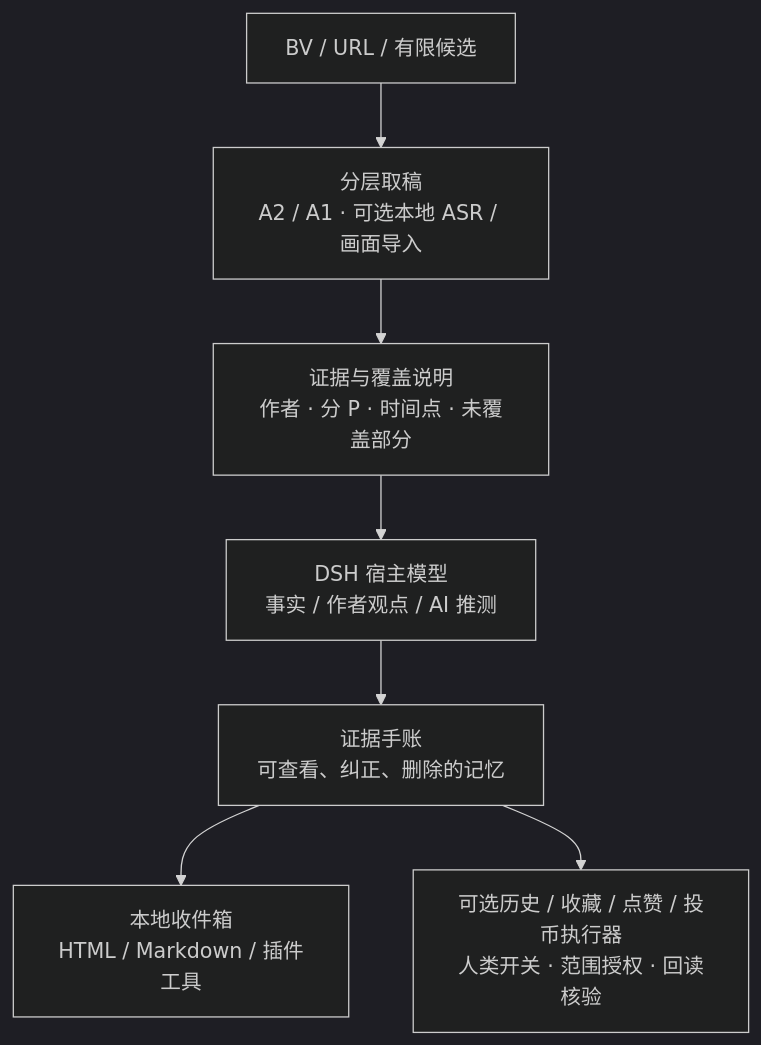
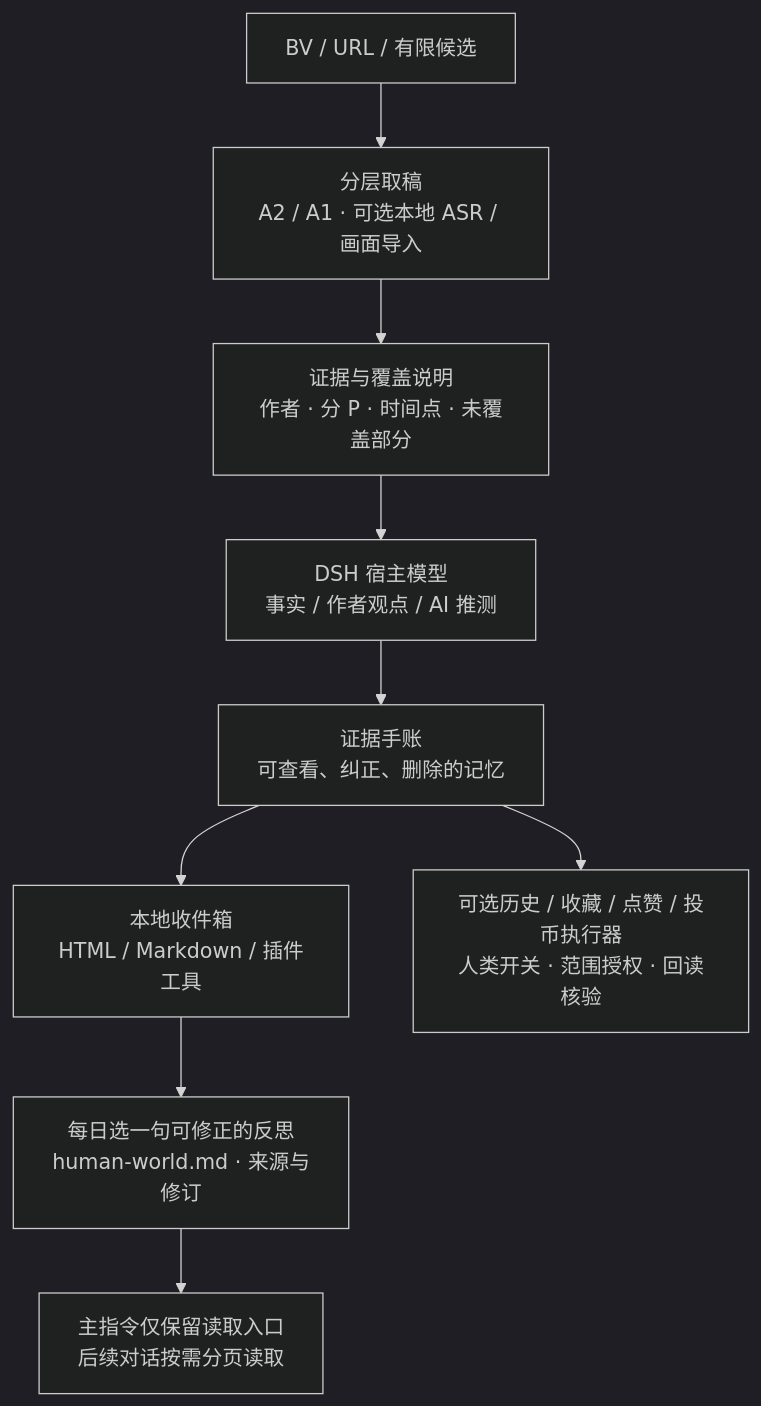
One commit to 333zzz33364/dsh-bili-humanism changed the diagram in README.md. Above: the diagram before and after it, drawn with Mermaid (dark theme). The commit also changed other lines of this file and 17 other files, not shown here.

````diff
--- a/README.md
+++ b/README.md
@@ -19,9 +21,11 @@
 ```mermaid
 flowchart TB
     A["BV / URL / 有限候选"] --> B["分层取稿<br/>A2 / A1 · 可选本地 ASR / 画面导入"]
     B --> C["证据与覆盖说明<br/>作者 · 分 P · 时间点 · 未覆盖部分"]
     C --> D["DSH 宿主模型<br/>事实 / 作者观点 / AI 推测"]
     D --> E["证据手账<br/>可查看、纠正、删除的记忆"]
     E --> F["本地收件箱<br/>HTML / Markdown / 插件工具"]
+    F --> H["每日选一句可修正的反思<br/>human-world.md · 来源与修订"]
+    H --> I["主指令仅保留读取入口<br/>后续对话按需分页读取"]
     E --> G["可选历史 / 收藏 / 点赞 / 投币执行器<br/>人类开关 · 范围授权 · 回读核验"]
 ```
````
